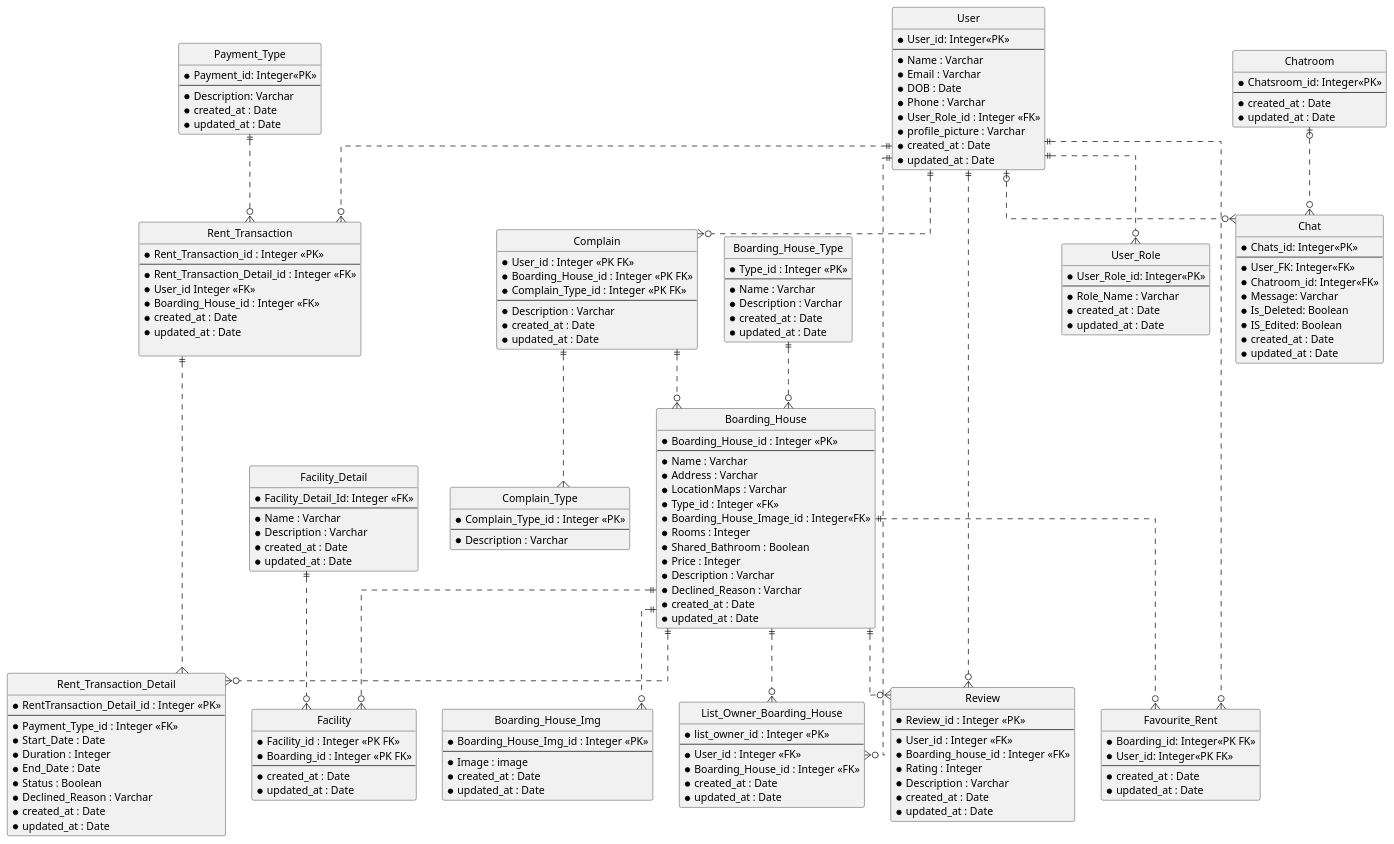
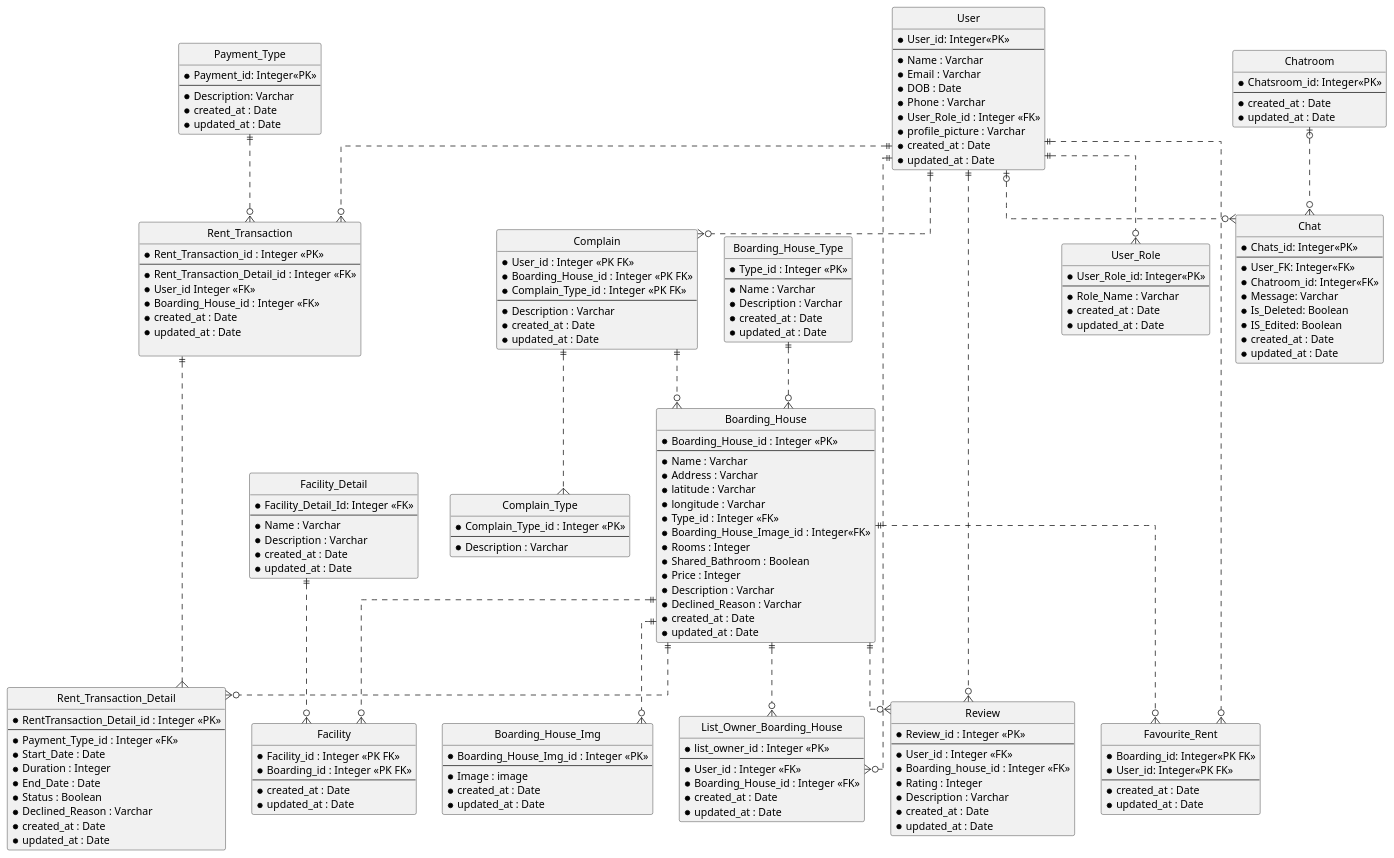
Before and after one commit to AntWort21/BHFMS: the diagram in Design/BHFMS_ERD.puml, drawn with PlantUML. The commit also changed 24 other files, not shown here.

```diff
--- a/Design/BHFMS_ERD.puml
+++ b/Design/BHFMS_ERD.puml
@@ -40,7 +40,8 @@
   --
   *Name : Varchar
   *Address : Varchar
-  *LocationMaps : Varchar
+  *latitude : Varchar
+  *longitude : Varchar
   *Type_id : Integer <<FK>>
   *Boarding_House_Image_id : Integer<<FK>>
   *Rooms : Integer
```
